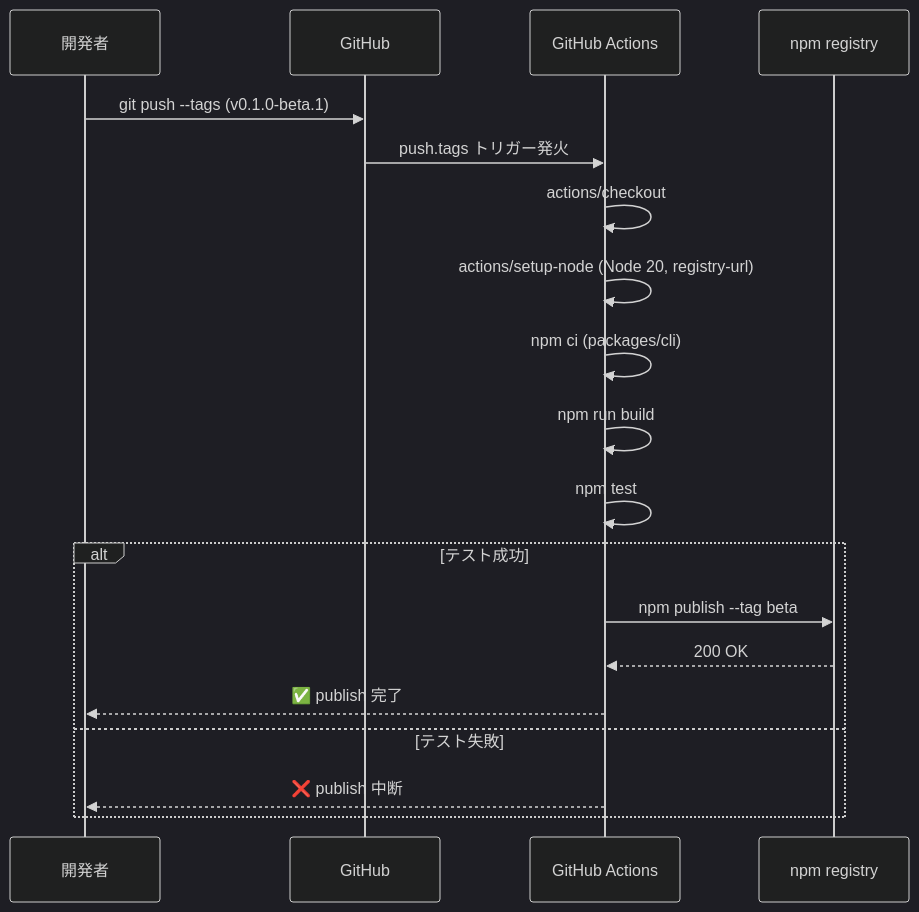
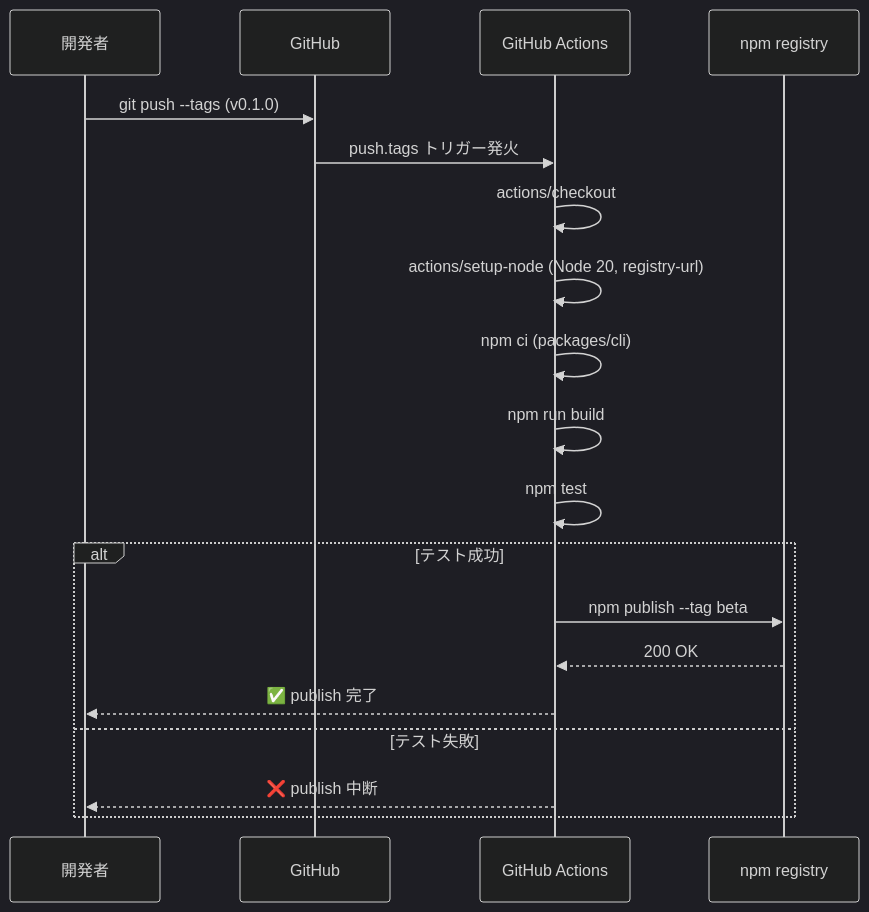
The second of 3 diagrams in changes/archive/2026-05-18-094602-npm-publish-v0-1-beta/architecture-overview.md (tubone24/mspec), drawn with Mermaid (dark theme) before and after one commit. The commit also changed other lines of this file and 22 other files, not shown here.

````diff
--- a/changes/archive/2026-05-18-094602-npm-publish-v0-1-beta/architecture-overview.md
+++ b/changes/archive/2026-05-18-094602-npm-publish-v0-1-beta/architecture-overview.md
@@ -40,22 +40,22 @@
 ```mermaid
 sequenceDiagram
     participant Dev as 開発者
     participant GH as GitHub
     participant GHA as GitHub Actions
     participant NPM as npm registry
 
-    Dev->>GH: git push --tags (v0.1.0-beta.1)
+    Dev->>GH: git push --tags (v0.1.0)
     GH->>GHA: push.tags トリガー発火
     GHA->>GHA: actions/checkout
     GHA->>GHA: actions/setup-node (Node 20, registry-url)
     GHA->>GHA: npm ci (packages/cli)
     GHA->>GHA: npm run build
     GHA->>GHA: npm test
     alt テスト成功
         GHA->>NPM: npm publish --tag beta
         NPM-->>GHA: 200 OK
         GHA-->>Dev: ✅ publish 完了
     else テスト失敗
         GHA-->>Dev: ❌ publish 中断
     end
 ```
````
